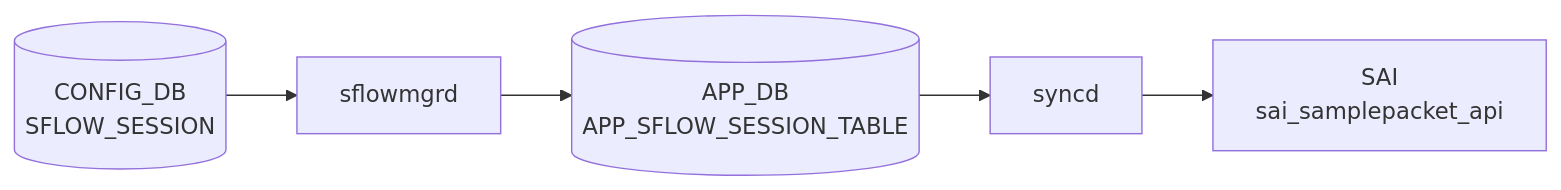
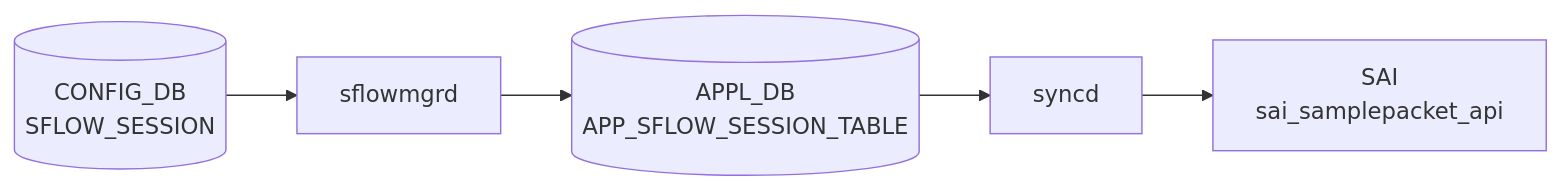
One commit to aoki-taquan/sonic-unofficial-docs changed the diagram in docs/reference/config-db/sflow-session.md. Above: the diagram before and after it, drawn with Mermaid. The commit also changed 91 other files, not shown here.

First line of the commit message:
fix(review-067): APP_DB→APPL_DB in mermaid labels; exclude APPL_DB pages from auto-gen

````diff
--- a/docs/reference/config-db/sflow-session.md
+++ b/docs/reference/config-db/sflow-session.md
@@ -32,12 +32,12 @@
 ```mermaid
 flowchart LR
   CDB[("CONFIG_DB<br/>SFLOW_SESSION")]
   DM["sflowmgrd"]
   CDB --> DM
-  APPDB[("APP_DB<br/>APP_SFLOW_SESSION_TABLE")]
+  APPDB[("APPL_DB<br/>APP_SFLOW_SESSION_TABLE")]
   DM --> APPDB
   SYNCD["syncd"]
   APPDB --> SYNCD
   SAI["SAI<br/>sai_samplepacket_api"]
   SYNCD --> SAI
 ```
````
